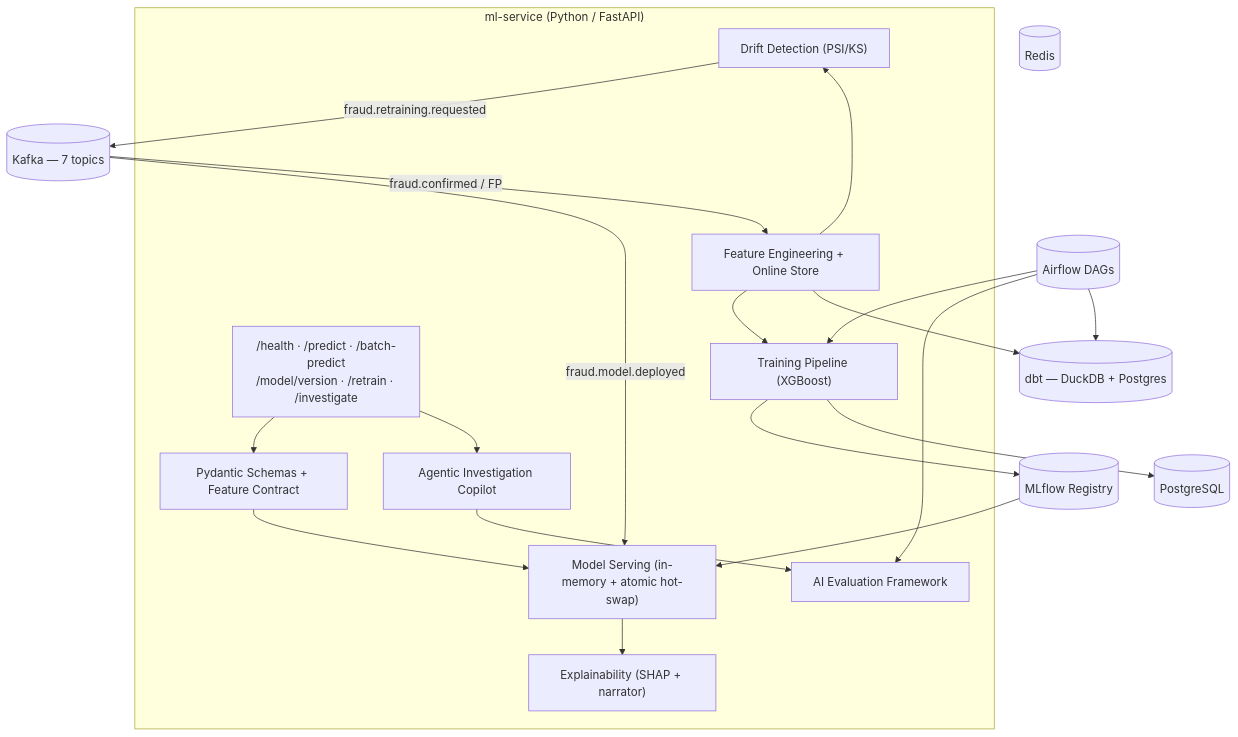
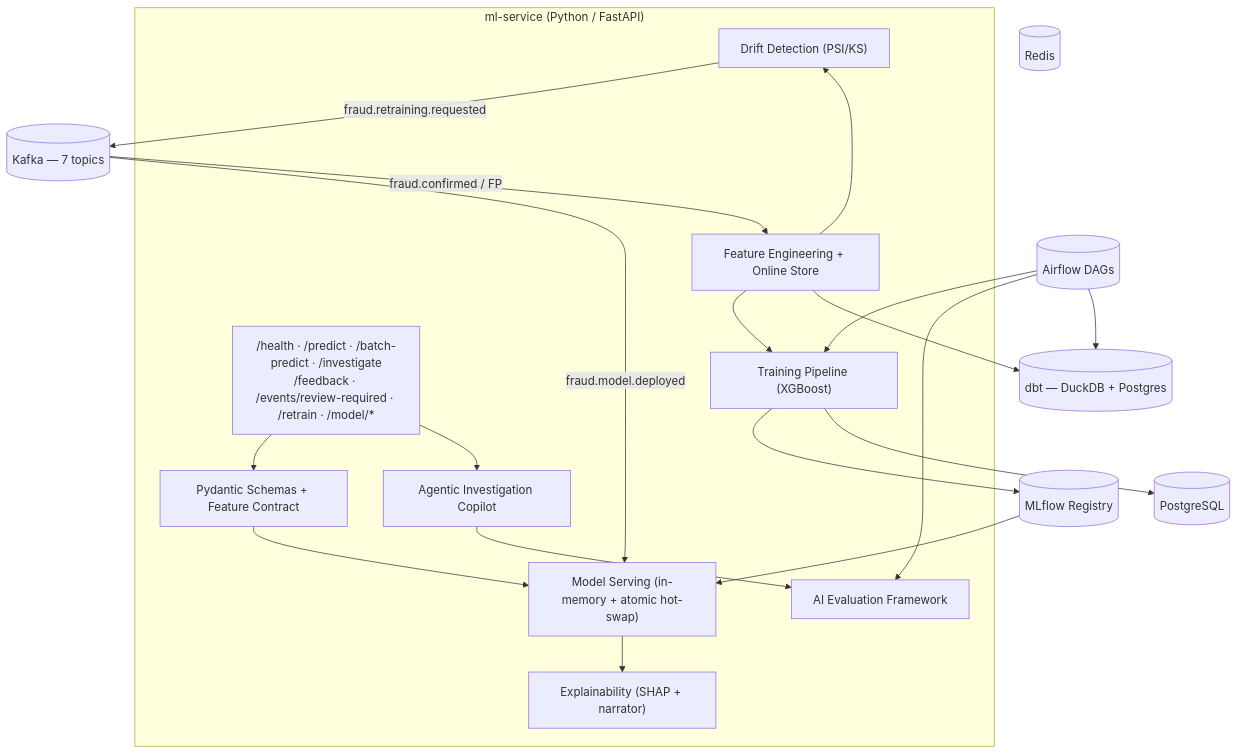
Before and after one commit to bragabruno/ml-service: the diagram in README.md, drawn with Mermaid. The commit also changed 1 other file, not shown here.

Commit message:
docs: sync ARCHITECTURE + README with the continuous-learning loop (#8)
The architecture docs predated this session's event-driven work and had drifted
from the merged code:

- System Context / Component View: add HITL auto-draft (fraud.review.required →
  attach report), the closed-loop retraining (drift/label/schedule →
  fraud.retraining.requested → orchestrate → promotion guardrail), the Case
  Client and Event Producer/Consumer, and the new endpoints
  (/feedback, /events/review-required, orchestrated /retrain, /model/*).
- drift_monitor DAG row: "alert" → emit fraud.retraining.requested (debounced +
  audited), matching the wired producer.
- New Continuous-Learning Loop and HITL Auto-Draft diagrams.
- Fix stale fact: agent loop max_steps is 6 (not 8), matching
  investigation_agent.investigate default.
- README API node: list the new endpoints.

Docs-only; no code or tests changed.

````diff
--- a/README.md
+++ b/README.md
@@ -13,36 +13,36 @@
 ```mermaid
 flowchart TB
     subgraph ml["ml-service (Python / FastAPI)"]
-        api["/health · /predict · /batch-predict<br/>/model/version · /retrain · /investigate"]
+        api["/health · /predict · /batch-predict · /investigate<br/>/feedback · /events/review-required · /retrain · /model/*"]
         schema["Pydantic Schemas + Feature Contract"]
         serving["Model Serving (in-memory + atomic hot-swap)"]
         agent["Agentic Investigation Copilot"]
         eval["AI Evaluation Framework"]
         train["Training Pipeline (XGBoost)"]
         drift["Drift Detection (PSI/KS)"]
         explain["Explainability (SHAP + narrator)"]
         feat["Feature Engineering + Online Store"]
     end
 
     kafka[("Kafka — 7 topics")]
     mlflow[("MLflow Registry")]
     pg[("PostgreSQL")]
     redis[("Redis")]
     dbt[("dbt — DuckDB + Postgres")]
     airflow[("Airflow DAGs")]
 
     api --> schema --> serving
     serving --> explain
     api --> agent
     agent --> eval
     feat --> train --> mlflow
     mlflow --> serving
     kafka -->|"fraud.model.deployed"| serving
     kafka -->|"fraud.confirmed / FP"| feat
     feat --> drift -->|"fraud.retraining.requested"| kafka
     train --> pg
     feat --> dbt
     airflow --> train
     airflow --> dbt
     airflow --> eval
 ```
````
